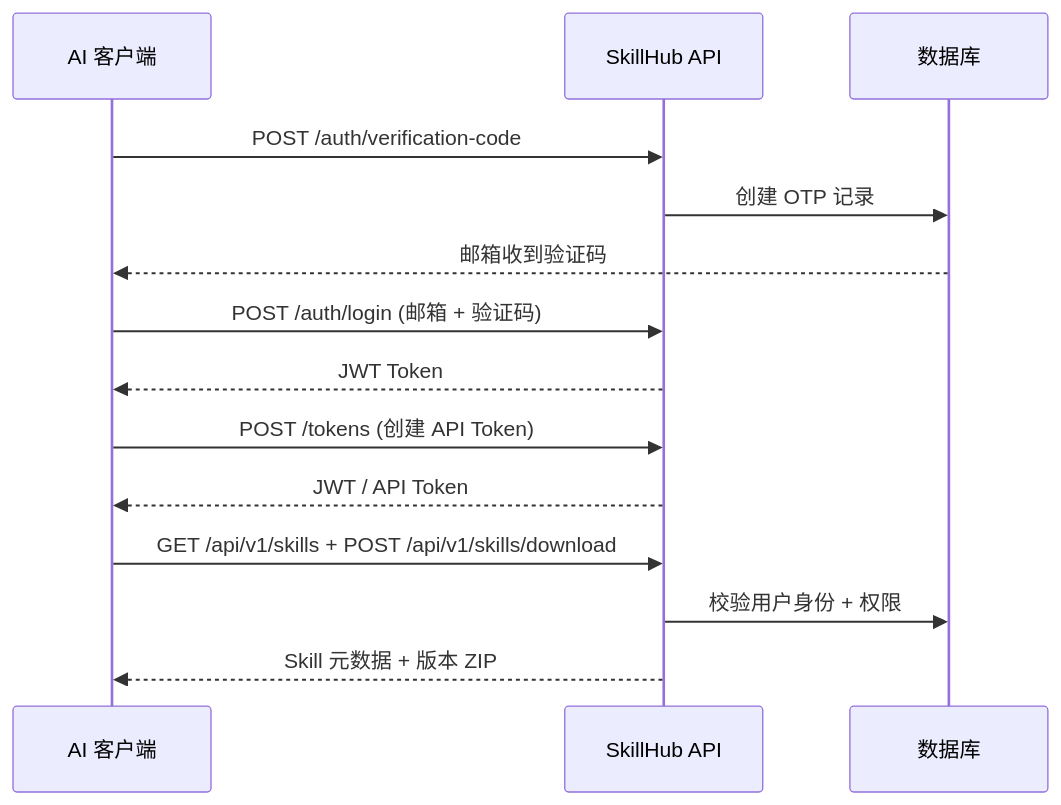
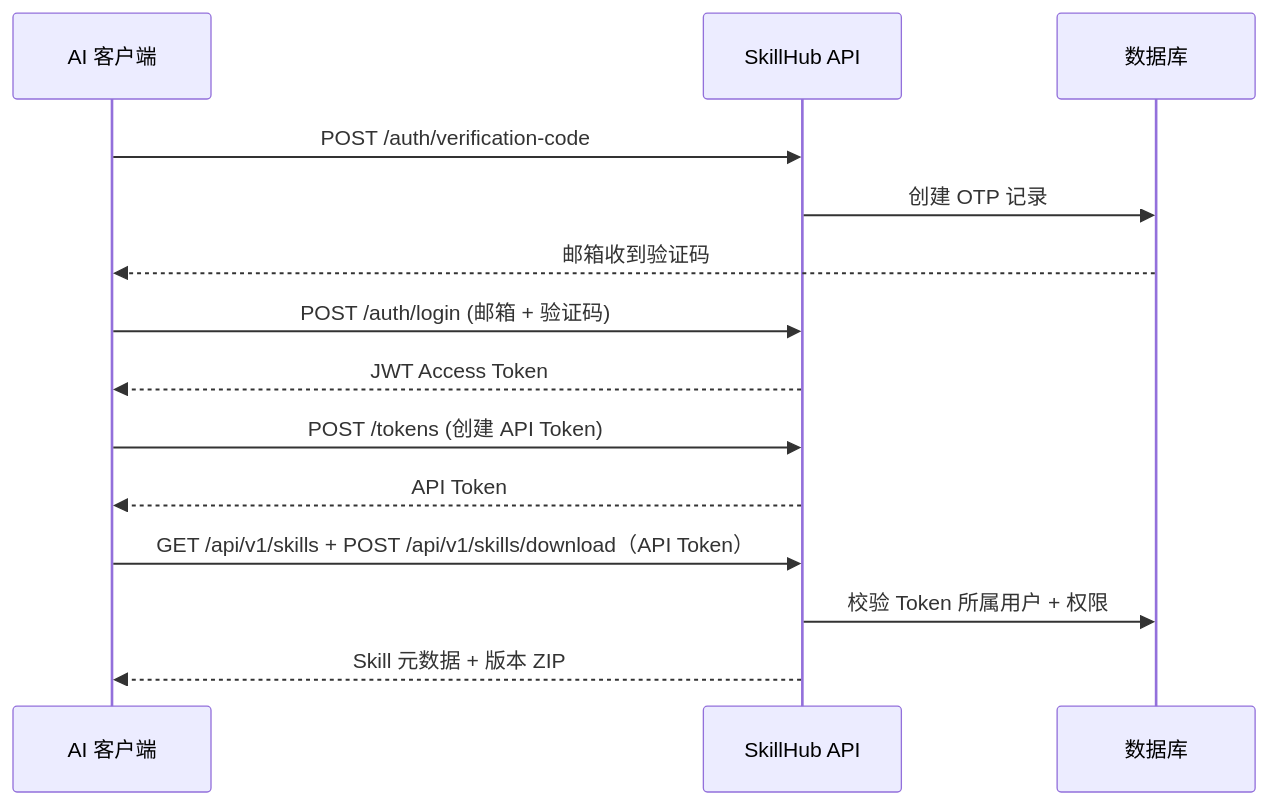
One commit to jiabai/open-skillhub changed the second of 2 diagrams in README_ZH.md. Above: the diagram before and after it, drawn with Mermaid. The commit also changed other lines of this file and 31 other files, not shown here.

Commit message:
feat(auth): 实现 OIDC 认证并分离 API Token 权限

````diff
--- a/README_ZH.md
+++ b/README_ZH.md
@@ -170,20 +170,20 @@
 ```mermaid
 sequenceDiagram
     participant Client as AI 客户端
     participant API as SkillHub API
     participant DB as 数据库
 
     Client->>API: POST /auth/verification-code
     API->>DB: 创建 OTP 记录
     DB-->>Client: 邮箱收到验证码
     
     Client->>API: POST /auth/login (邮箱 + 验证码)
-    API-->>Client: JWT Token
+    API-->>Client: JWT Access Token
     
     Client->>API: POST /tokens (创建 API Token)
-    API-->>Client: JWT / API Token
+    API-->>Client: API Token
     
-    Client->>API: GET /api/v1/skills + POST /api/v1/skills/download
-    API->>DB: 校验用户身份 + 权限
+    Client->>API: GET /api/v1/skills + POST /api/v1/skills/download（API Token）
+    API->>DB: 校验 Token 所属用户 + 权限
     API-->>Client: Skill 元数据 + 版本 ZIP
 ```
````
